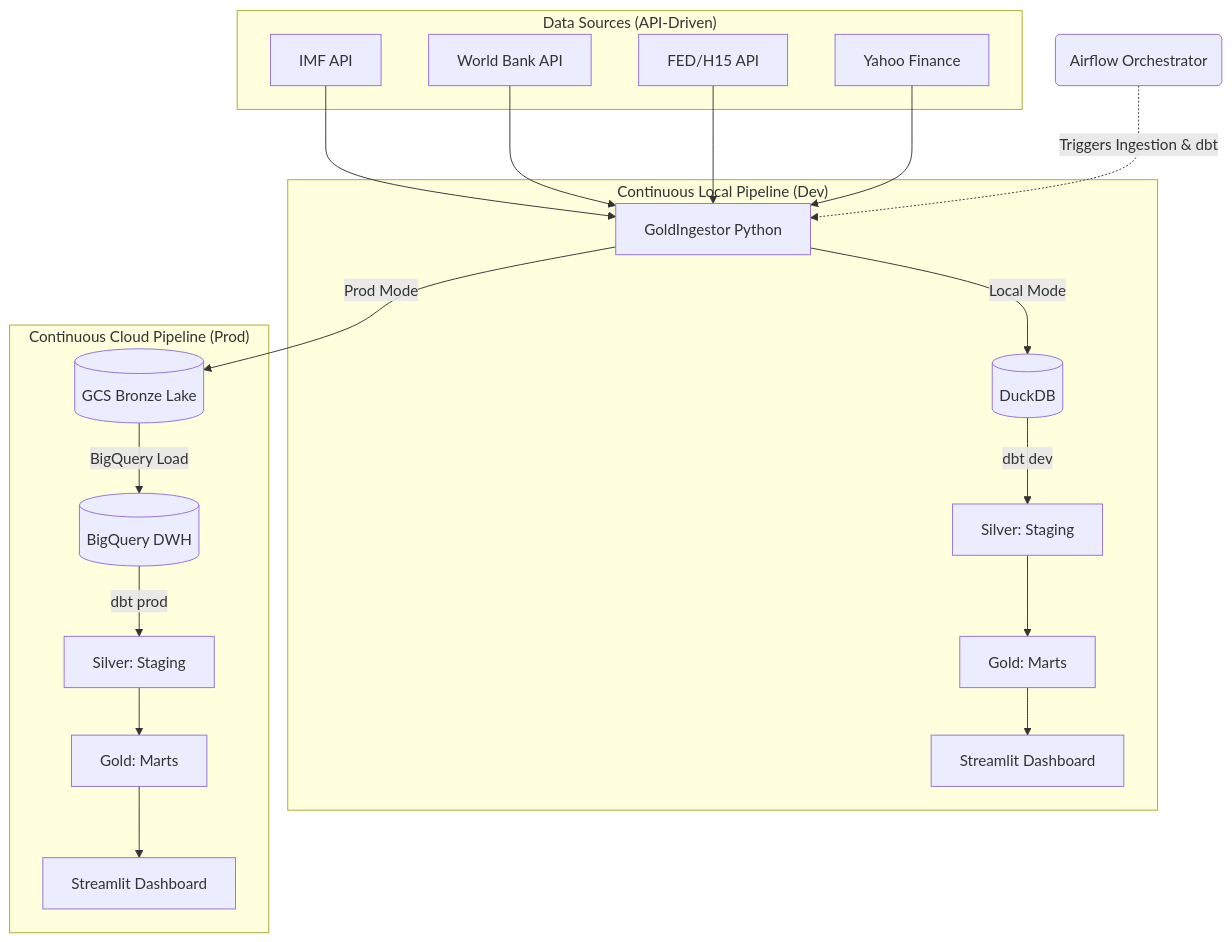
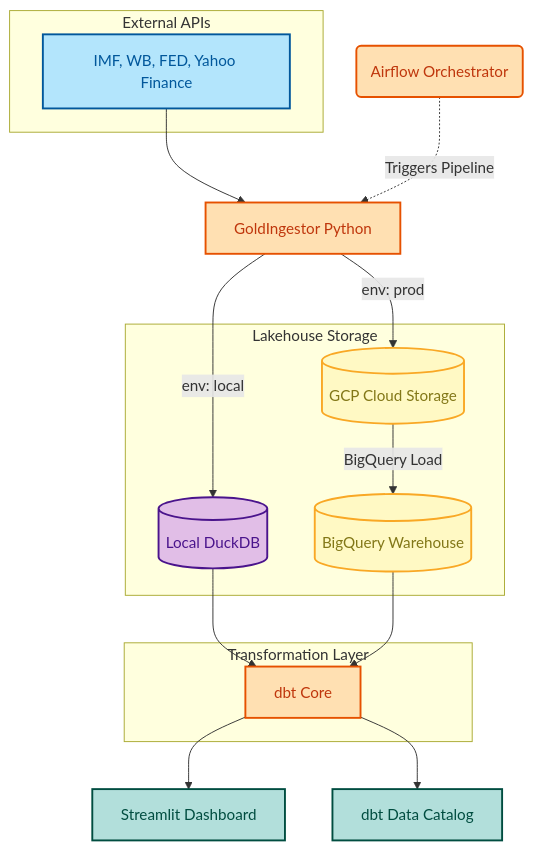
One commit to flo-kaiser/data_engineering_project changed the diagram in README.md. Above: the diagram before and after it, drawn with Mermaid.

Commit message:
docs: restore integrated architecture diagram and finalize readme

````diff
--- a/README.md
+++ b/README.md
@@ -23,28 +23,37 @@
 ```mermaid
 graph TD
-    subgraph "Data Sources (API-Driven)"
-        IMF[IMF API]
-        WB[World Bank API]
-        FED[FED/H15 API]
-        YF[Yahoo Finance]
+    classDef source fill:#b3e5fc,stroke:#01579b,stroke-width:2px,color:#01579b;
+    classDef dev fill:#e1bee7,stroke:#4a148c,stroke-width:2px,color:#4a148c;
+    classDef prod fill:#fff9c4,stroke:#f9a825,stroke-width:2px,color:#827717;
+    classDef process fill:#ffe0b2,stroke:#e65100,stroke-width:2px,color:#bf360c;
+    classDef viz fill:#b2dfdb,stroke:#004d40,stroke-width:2px,color:#004d40;
+
+    subgraph Sources [External APIs]
+        API[IMF, WB, FED, Yahoo Finance]:::source
     end
 
-    IMF & WB & FED & YF --> IM[GoldIngestor Python]
+    IM[GoldIngestor Python]:::process
 
-    subgraph "Continuous Local Pipeline (Dev)"
-        IM -- "Local Mode" --> Local_DB[(DuckDB)]
-        Local_DB -- "dbt dev" --> STG_L[Silver: Staging]
-        STG_L --> GOLD_L[Gold: Marts]
-        GOLD_L --> SL_L[Streamlit Dashboard]
+    subgraph Storage [Lakehouse Storage]
+        DB[(Local DuckDB)]:::dev
+        GCS[(GCP Cloud Storage)]:::prod
+        BQ[(BigQuery Warehouse)]:::prod
     end
 
-    subgraph "Continuous Cloud Pipeline (Prod)"
-        IM -- "Prod Mode" --> GCS[(GCS Bronze Lake)]
-        GCS -- "BigQuery Load" --> BQ[(BigQuery DWH)]
-        BQ -- "dbt prod" --> STG_C[Silver: Staging]
-        STG_C --> GOLD_C[Gold: Marts]
-        GOLD_C --> SL_C[Streamlit Dashboard]
+    subgraph Transform [Transformation Layer]
+        DBT[dbt Core]:::process
     end
 
-    Airflow(Airflow Orchestrator) -. "Triggers Ingestion & dbt" .-> IM
+    API --> IM
+    IM -- "env: local" --> DB
+    IM -- "env: prod" --> GCS
+    GCS -- "BigQuery Load" --> BQ
+
+    DB --> DBT
+    BQ --> DBT
+
+    DBT --> Dashboard[Streamlit Dashboard]:::viz
+    DBT --> Docs[dbt Data Catalog]:::viz
+
+    Airflow(Airflow Orchestrator):::process -. "Triggers Pipeline" .-> IM
 ```
````
